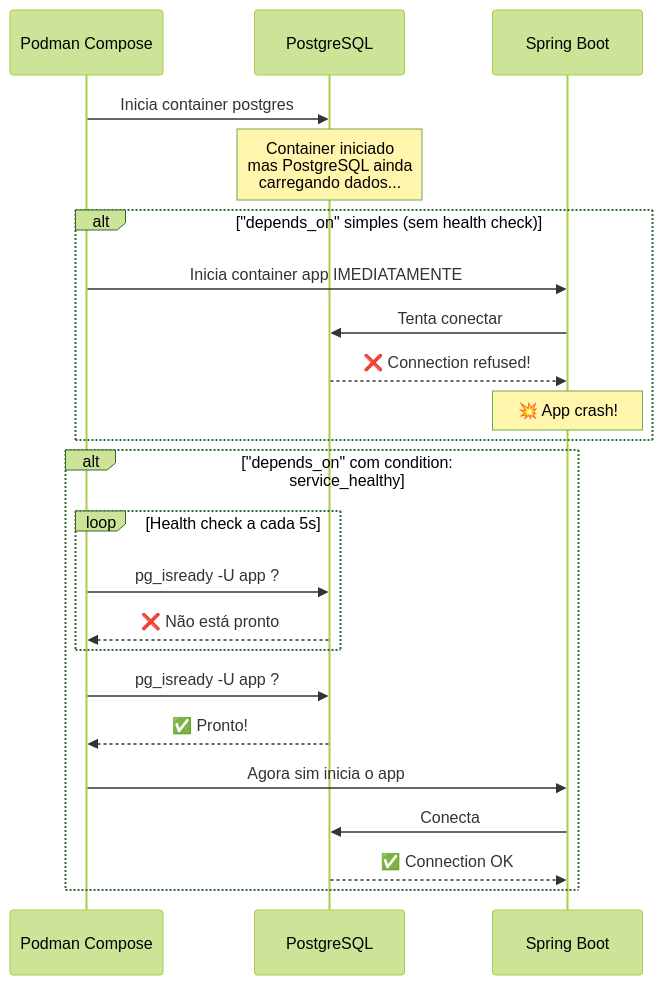
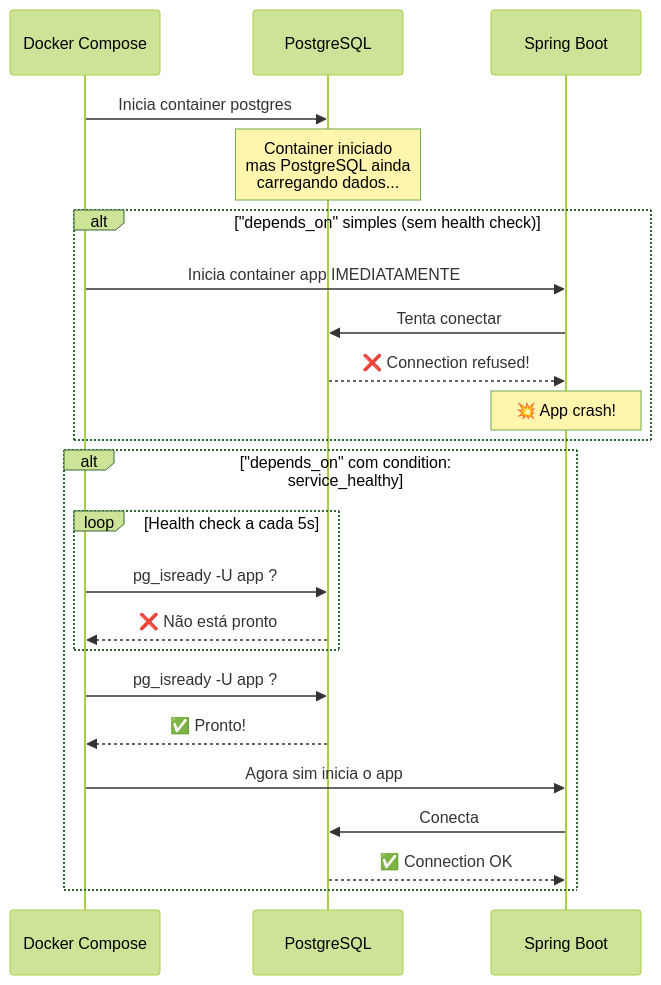
The second of 4 diagrams in dia-07/slide-04.md (deusemarjunior/trein-java-intermed), drawn with Mermaid (forest theme) before and after one commit. The commit also changed other lines of this file and 12 other files, not shown here.

First line of the commit message:
Refactor slides and configuration files to transition from Podman to Docker

````diff
--- a/dia-07/slide-04.md
+++ b/dia-07/slide-04.md
@@ -168,28 +168,28 @@
 ```mermaid
 sequenceDiagram
-    participant DC as Podman Compose
+    participant DC as Docker Compose
     participant PG as PostgreSQL
     participant APP as Spring Boot
 
     DC->>PG: Inicia container postgres
     Note over PG: Container iniciado<br/>mas PostgreSQL ainda<br/>carregando dados...
 
     alt "depends_on" simples (sem health check)
         DC->>APP: Inicia container app IMEDIATAMENTE
         APP->>PG: Tenta conectar
         PG-->>APP: ❌ Connection refused!
         Note over APP: 💥 App crash!
     end
 
     alt "depends_on" com condition: service_healthy
         loop Health check a cada 5s
             DC->>PG: pg_isready -U app ?
             PG-->>DC: ❌ Não está pronto
         end
         DC->>PG: pg_isready -U app ?
         PG-->>DC: ✅ Pronto!
         DC->>APP: Agora sim inicia o app
         APP->>PG: Conecta
         PG-->>APP: ✅ Connection OK
     end
 ```
````
